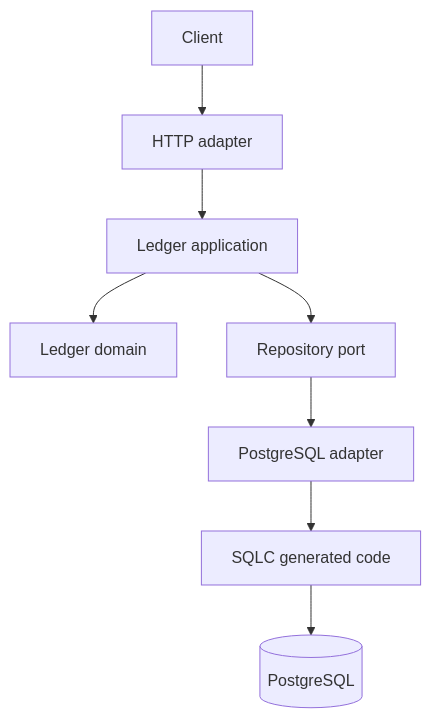
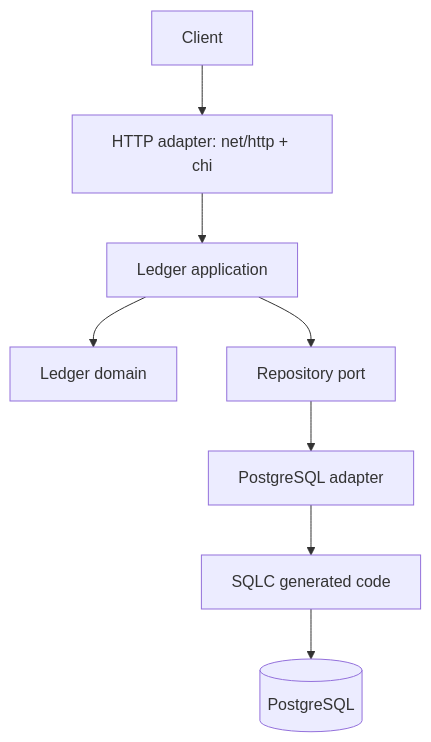
Before and after one commit to saulo-duarte/distributed-wallet-ledger: the first of 2 diagrams in docs/03-architecture/overview.md, drawn with Mermaid. The commit also changed other lines of this file and 8 other files, not shown here.

````diff
--- a/docs/03-architecture/overview.md
+++ b/docs/03-architecture/overview.md
@@ -5,10 +5,10 @@
 ```mermaid
 flowchart TD
-    Client --> HTTP[HTTP adapter]
+    Client --> HTTP[HTTP adapter: net/http + chi]
     HTTP --> App[Ledger application]
     App --> Domain[Ledger domain]
     App --> Repo[Repository port]
     Repo --> Adapter[PostgreSQL adapter]
     Adapter --> SQLC[SQLC generated code]
     SQLC --> DB[(PostgreSQL)]
 ```
````
